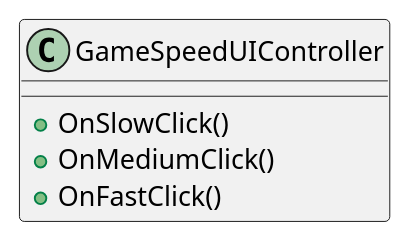
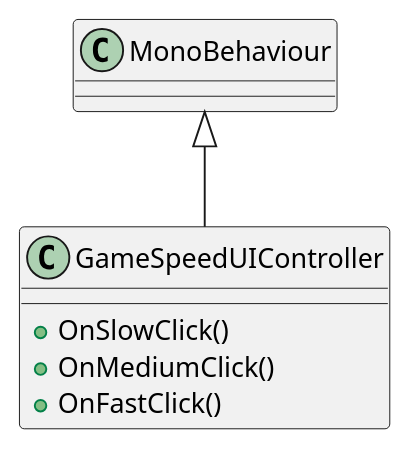
The diagram in view/game-speed.plantuml (Peter-Balint/SafariGame), drawn with PlantUML before and after one commit. The commit also changed 1 other file, not shown here.

```diff
--- a/view/game-speed.plantuml
+++ b/view/game-speed.plantuml
@@ -1,7 +1,9 @@
 @startuml
 class GameSpeedUIController{
     +OnSlowClick()
     +OnMediumClick()
     +OnFastClick()
-}
+    }
+
+    MonoBehaviour <|-- GameSpeedUIController
 @enduml
```
